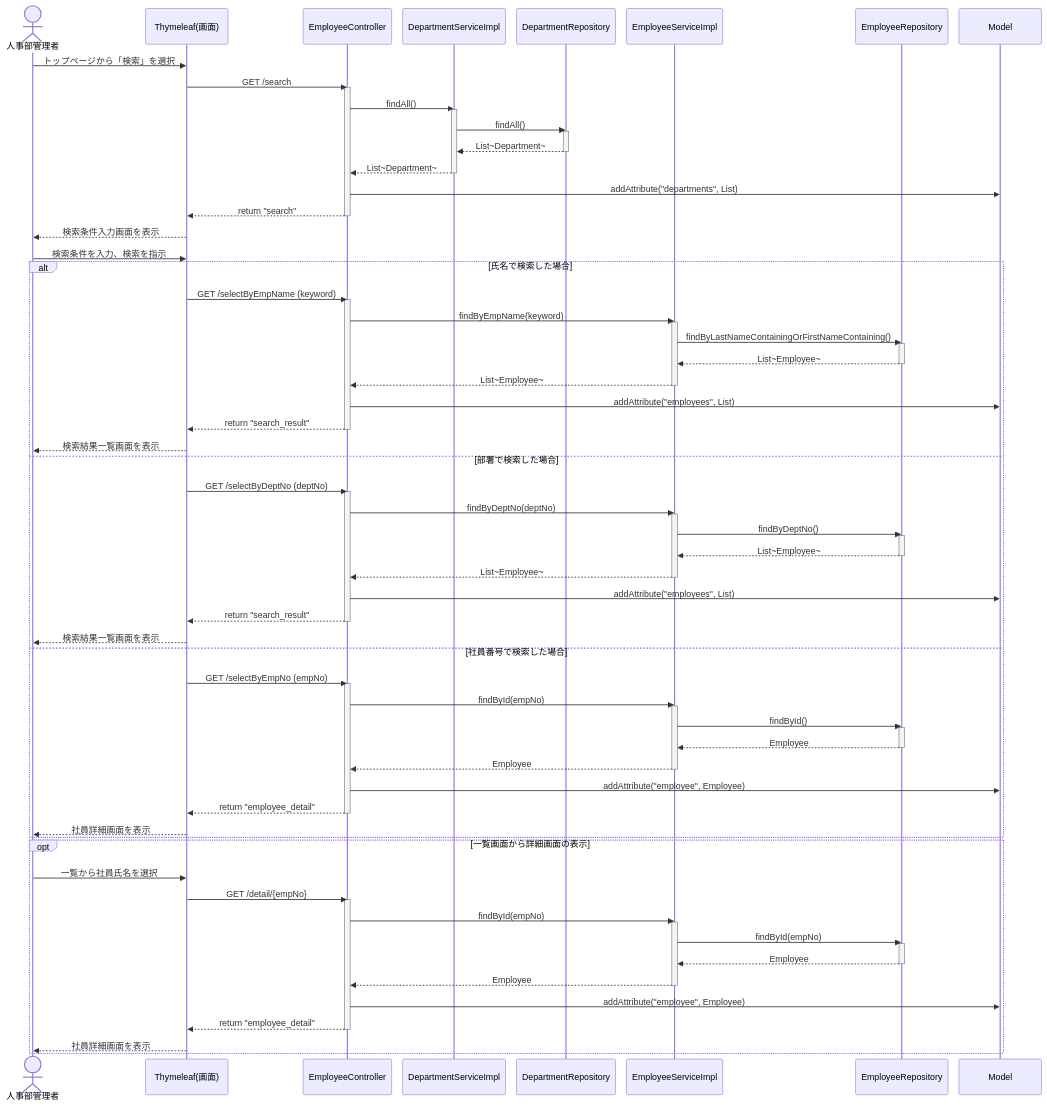
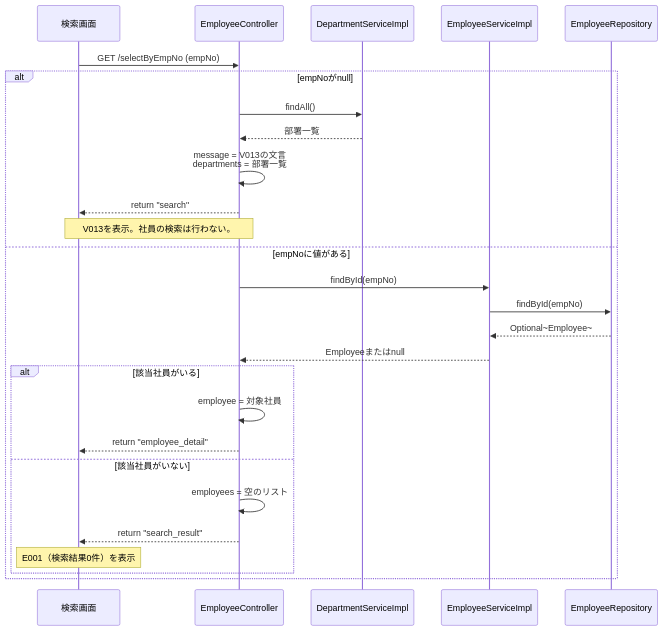
Before and after one commit to juyeongjung1/NewEIMS: diagram 24 of 29 in EIMS_Comprehensive_Exercise_Guide.md, drawn with Mermaid. The commit also changed other lines of this file and 68 other files, not shown here.

````diff
--- a/EIMS_Comprehensive_Exercise_Guide.md
+++ b/EIMS_Comprehensive_Exercise_Guide.md
@@ -1733,97 +1984,30 @@
 ```mermaid
-%%{init: {'theme': 'default', 'sequence': {'messageMarginBottom': 10, 'actorMargin': 20, 'boxMargin': 5}}}%%
 sequenceDiagram
-    actor Admin as 人事部管理者
-    participant View as Thymeleaf(画面)
+    participant View as 検索画面
     participant Ctrl as EmployeeController
     participant DSvc as DepartmentServiceImpl
-    participant DRep as DepartmentRepository
     participant Svc as EmployeeServiceImpl
     participant Rep as EmployeeRepository
-    participant Model as Model
 
-    Admin ->> View: トップページから「検索」を選択
-    View ->> Ctrl: GET /search
-    activate Ctrl
-    Ctrl ->> DSvc: findAll()
-    activate DSvc
-    DSvc ->> DRep: findAll()
-    activate DRep
-    DRep -->> DSvc: List~Department~
-    deactivate DRep
-    DSvc -->> Ctrl: List~Department~
-    deactivate DSvc
-    Ctrl ->> Model: addAttribute("departments", List)
-    Ctrl -->> View: return "search"
-    deactivate Ctrl
-    View -->> Admin: 検索条件入力画面を表示
-  
-    Admin ->> View: 検索条件を入力、検索を指示
-  
-    alt 氏名で検索した場合
-        View ->> Ctrl: GET /selectByEmpName (keyword)
-        activate Ctrl
-        Ctrl ->> Svc: findByEmpName(keyword)
-        activate Svc
-        Svc ->> Rep: findByLastNameContainingOrFirstNameContaining()
-        activate Rep
-        Rep -->> Svc: List~Employee~
-        deactivate Rep
-        Svc -->> Ctrl: List~Employee~
-        deactivate Svc
-        Ctrl ->> Model: addAttribute("employees", List)
-        Ctrl -->> View: return "search_result"
-        deactivate Ctrl
-        View -->> Admin: 検索結果一覧画面を表示
-      
-    else 部署で検索した場合
-        View ->> Ctrl: GET /selectByDeptNo (deptNo)
-        activate Ctrl
-        Ctrl ->> Svc: findByDeptNo(deptNo)
-        activate Svc
-        Svc ->> Rep: findByDeptNo()
-        activate Rep
-        Rep -->> Svc: List~Employee~
-        deactivate Rep
-        Svc -->> Ctrl: List~Employee~
-        deactivate Svc
-        Ctrl ->> Model: addAttribute("employees", List)
-        Ctrl -->> View: return "search_result"
-        deactivate Ctrl
-        View -->> Admin: 検索結果一覧画面を表示
-      
-    else 社員番号で検索した場合
-        View ->> Ctrl: GET /selectByEmpNo (empNo)
-        activate Ctrl
+    View ->> Ctrl: GET /selectByEmpNo (empNo)
+    alt empNoがnull
+        Ctrl ->> DSvc: findAll()
+        DSvc -->> Ctrl: 部署一覧
+        Ctrl ->> Ctrl: message = V013の文言<br/>departments = 部署一覧
+        Ctrl -->> View: return "search"
+        Note over View,Ctrl: V013を表示。社員の検索は行わない。
+    else empNoに値がある
         Ctrl ->> Svc: findById(empNo)
-        activate Svc
-        Svc ->> Rep: findById()
-        activate Rep
-        Rep -->> Svc: Employee
-        deactivate Rep
-        Svc -->> Ctrl: Employee
-        deactivate Svc
-        Ctrl ->> Model: addAttribute("employee", Employee)
-        Ctrl -->> View: return "employee_detail"
-        deactivate Ctrl
-        View -->> Admin: 社員詳細画面を表示
-    end
-  
-    opt 一覧画面から詳細画面の表示
-        Admin ->> View: 一覧から社員氏名を選択
-        View ->> Ctrl: GET /detail/{empNo}
-        activate Ctrl
-        Ctrl ->> Svc: findById(empNo)
-        activate Svc
         Svc ->> Rep: findById(empNo)
-        activate Rep
-        Rep -->> Svc: Employee
-        deactivate Rep
-        Svc -->> Ctrl: Employee
-        deactivate Svc
-        Ctrl ->> Model: addAttribute("employee", Employee)
-        Ctrl -->> View: return "employee_detail"
-        deactivate Ctrl
-        View -->> Admin: 社員詳細画面を表示
+        Rep -->> Svc: Optional~Employee~
+        Svc -->> Ctrl: Employeeまたはnull
+        alt 該当社員がいる
+            Ctrl ->> Ctrl: employee = 対象社員
+            Ctrl -->> View: return "employee_detail"
+        else 該当社員がいない
+            Ctrl ->> Ctrl: employees = 空のリスト
+            Ctrl -->> View: return "search_result"
+            Note over View: E001（検索結果0件）を表示
+        end
     end
 ```
````
